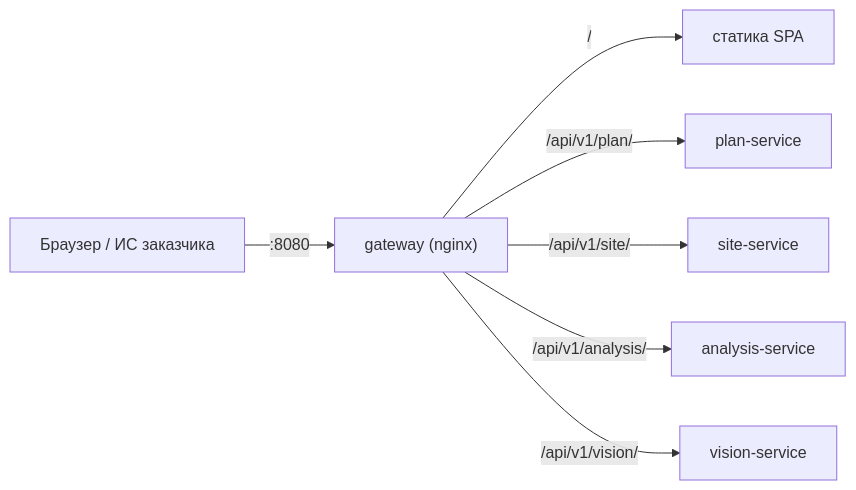
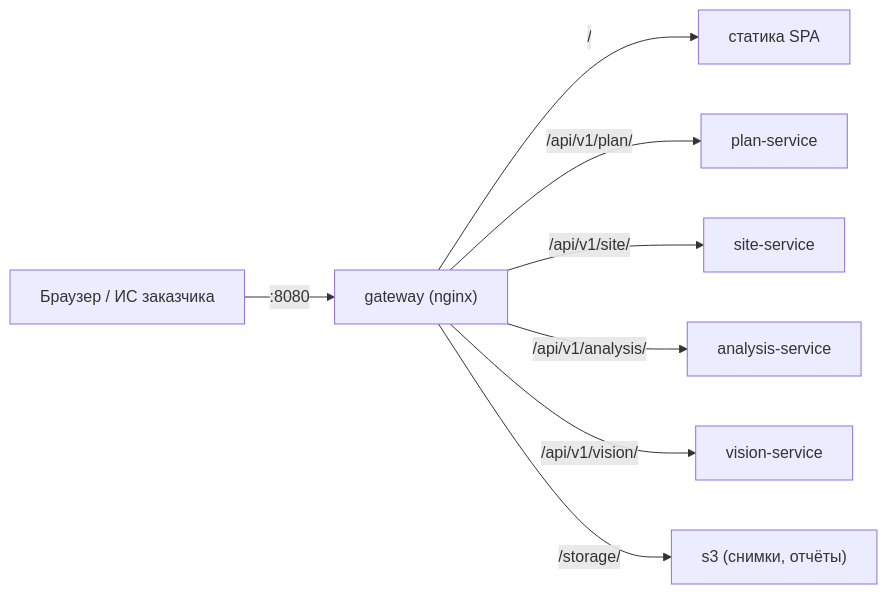
The diagram in services/gateway/README.md (cerXXXX/ConstructionSupervision), drawn with Mermaid before and after one commit. The commit also changed other lines of this file and 8 other files, not shown here.

````diff
--- a/services/gateway/README.md
+++ b/services/gateway/README.md
@@ -14,9 +14,10 @@
 ```mermaid
 flowchart LR
     U["Браузер / ИС заказчика"] -->|":8080"| GW["gateway (nginx)"]
     GW -->|"/"| WEB["статика SPA"]
     GW -->|"/api/v1/plan/"| PLAN["plan-service"]
     GW -->|"/api/v1/site/"| SITE["site-service"]
     GW -->|"/api/v1/analysis/"| ANL["analysis-service"]
     GW -->|"/api/v1/vision/"| VIS["vision-service"]
+    GW -->|"/storage/"| S3["s3 (снимки, отчёты)"]
 ```
````
